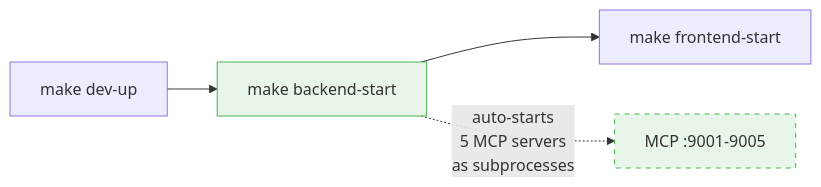
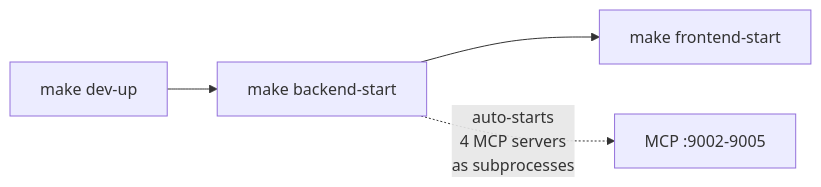
Before and after one commit to hyogrin/rhoai-custom-research-lab: the second of 2 diagrams in README.md, drawn with Mermaid. The commit also changed other lines of this file and 112 other files, not shown here.

````diff
--- a/README.md
+++ b/README.md
@@ -145,9 +135,6 @@
 ```mermaid
 flowchart LR
     A["make dev-up"] --> B["make backend-start"]
     B --> C["make frontend-start"]
-    B -. "auto-starts\n5 MCP servers\nas subprocesses" .-> D["MCP :9001-9005"]
-
-    style B fill:#e8f5e9,stroke:#4caf50
-    style D fill:#e8f5e9,stroke:#4caf50,stroke-dasharray:5 5
+    B -. "auto-starts\n4 MCP servers\nas subprocesses" .-> D["MCP :9002-9005"]
 ```
````
